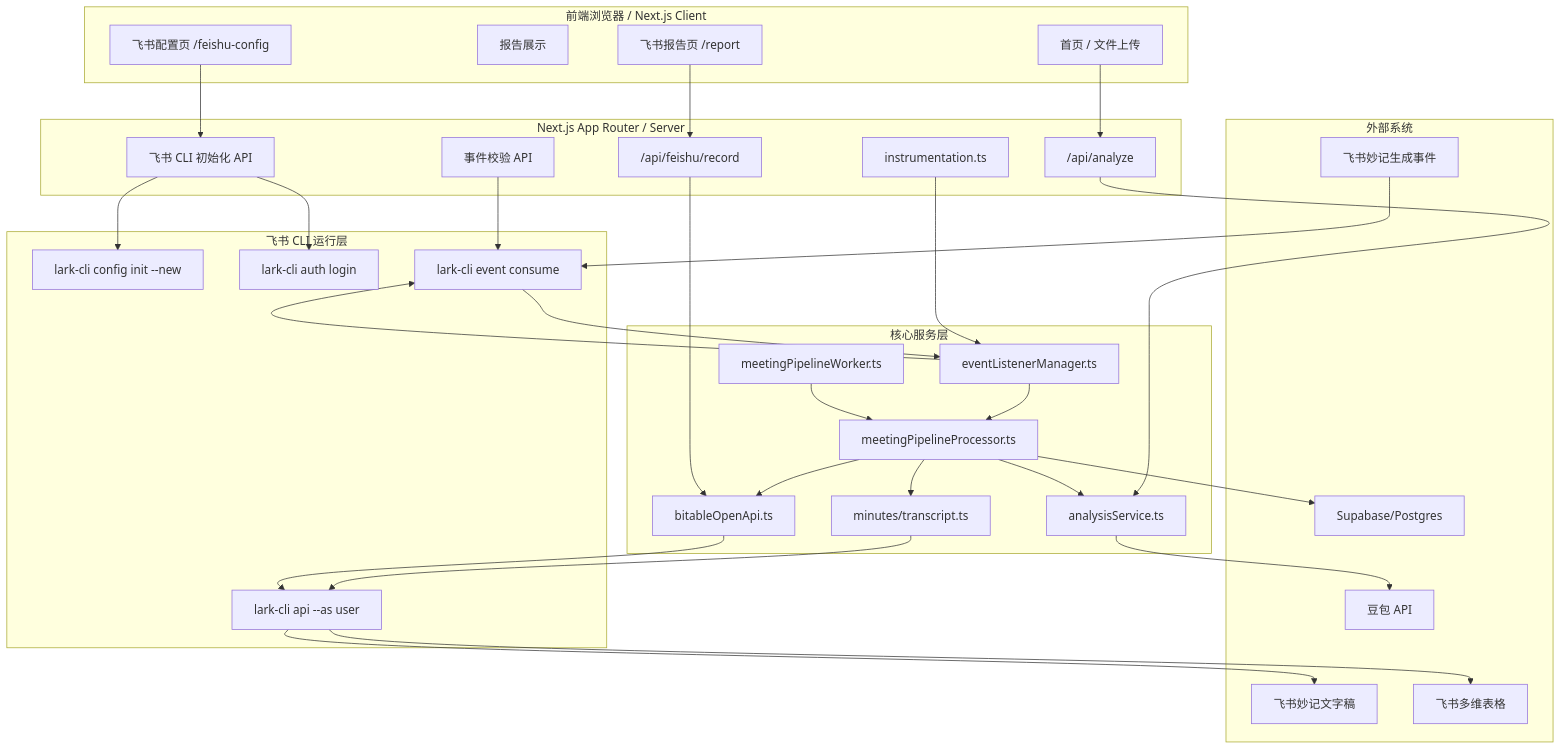
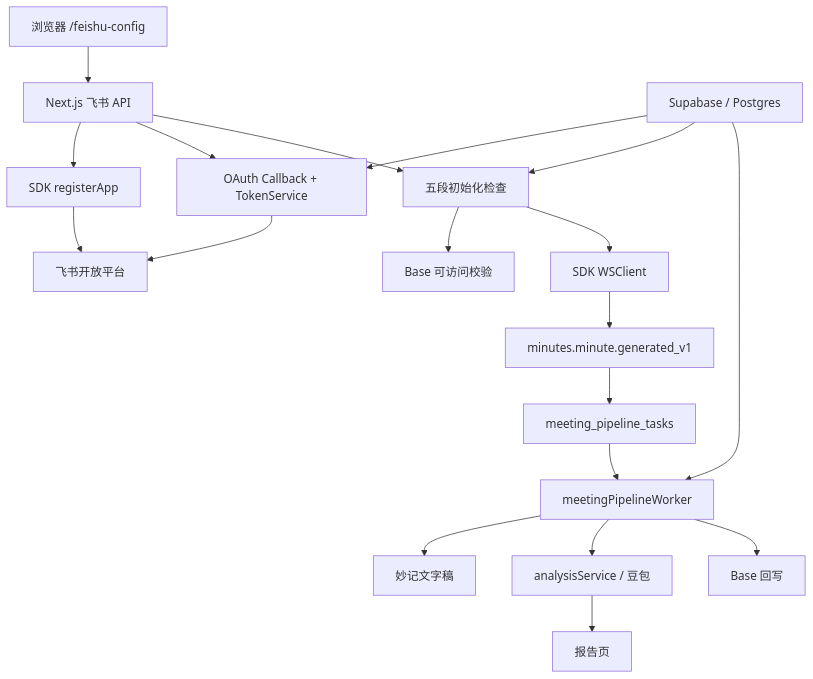
The first of 2 diagrams in docs/系统架构图.md (LyraWang6688/Teaming-Bot), drawn with Mermaid before and after one commit. The commit also changed other lines of this file and 37 other files, not shown here.

Commit message:
Migrate Feishu integration to SDK

````diff
--- a/docs/系统架构图.md
+++ b/docs/系统架构图.md
@@ -14,54 +9,23 @@
 ```mermaid
 flowchart TB
-    subgraph Browser["前端浏览器 / Next.js Client"]
-        Home["首页 / 文件上传"]
-        Dashboard["报告展示"]
-        FeishuConfig["飞书配置页 /feishu-config"]
-        ReportPage["飞书报告页 /report"]
-    end
+    Browser["浏览器 /feishu-config"] --> Routes["Next.js 飞书 API"]
+    Routes --> Registration["SDK registerApp"]
+    Routes --> OAuth["OAuth Callback + TokenService"]
+    Routes --> Checks["五段初始化检查"]
 
-    subgraph NextServer["Next.js App Router / Server"]
-        AnalyzeAPI["/api/analyze"]
-        CliSetupAPI["飞书 CLI 初始化 API"]
-        EventCheckAPI["事件校验 API"]
-        RecordAPI["/api/feishu/record"]
-        Instrumentation["instrumentation.ts"]
-    end
+    Registration --> Feishu["飞书开放平台"]
+    OAuth --> Feishu
+    Checks --> BaseRead["Base 可访问校验"]
+    Checks --> WS["SDK WSClient"]
 
-    subgraph FeishuRuntime["飞书 CLI 运行层"]
-        ConfigInit["lark-cli config init --new"]
-        AuthLogin["lark-cli auth login"]
-        EventConsume["lark-cli event consume"]
-        CliOpenAPI["lark-cli api --as user"]
-    end
-
-    subgraph Core["核心服务层"]
-        EventManager["eventListenerManager.ts"]
-        Pipeline["meetingPipelineProcessor.ts"]
-        Worker["meetingPipelineWorker.ts"]
-        Analysis["analysisService.ts"]
-        Bitable["bitableOpenApi.ts"]
-        Transcript["minutes/transcript.ts"]
-    end
-
-    subgraph External["外部系统"]
-        FeishuEvent["飞书妙记生成事件"]
-        FeishuMinutes["飞书妙记文字稿"]
-        FeishuBase["飞书多维表格"]
-        Doubao["豆包 API"]
-        DB["Supabase/Postgres"]
-    end
-
-    Home --> AnalyzeAPI --> Analysis --> Doubao
-    FeishuConfig --> CliSetupAPI --> ConfigInit
-    CliSetupAPI --> AuthLogin
-    EventCheckAPI --> EventConsume
-    Instrumentation --> EventManager --> EventConsume
-    FeishuEvent --> EventConsume --> EventManager --> Pipeline
-    Pipeline --> DB
-    Worker --> Pipeline
-    Pipeline --> Transcript --> CliOpenAPI --> FeishuMinutes
-    Pipeline --> Analysis
-    Pipeline --> Bitable --> CliOpenAPI --> FeishuBase
-    ReportPage --> RecordAPI --> Bitable
+    DB["Supabase / Postgres"] --> OAuth
+    DB --> Checks
+    DB --> Worker["meetingPipelineWorker"]
+    WS --> Event["minutes.minute.generated_v1"]
+    Event --> Tasks["meeting_pipeline_tasks"]
+    Tasks --> Worker
+    Worker --> Transcript["妙记文字稿"]
+    Worker --> Analysis["analysisService / 豆包"]
+    Worker --> BaseWrite["Base 回写"]
+    Analysis --> Report["报告页"]
 ```
````
